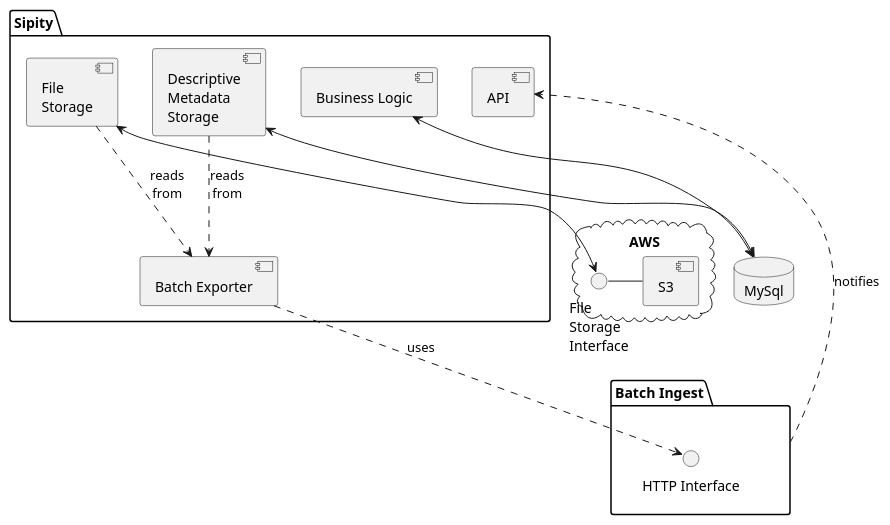
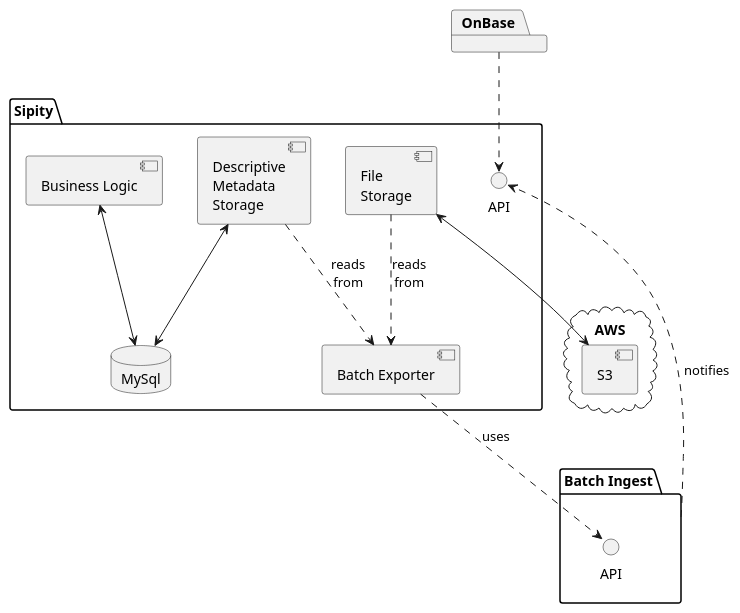
Before and after one commit to ndlib/dam-ecosystem-mapping: the diagram in plantuml/sipity.puml, drawn with PlantUML. The commit also changed 3 other files, not shown here.

Commit message:
Updating diagrams to include notes and clarification

```diff
--- a/plantuml/sipity.puml
+++ b/plantuml/sipity.puml
@@ -10,32 +10,32 @@
 @startuml
 
 package "Sipity" {
-  component "File\nStorage" as FS
-  component "Descriptive\nMetadata\nStorage" as DMS
-  component "Batch Exporter" as BE
-  component "Business Logic" as SBL
-  component "API" as SAPI
+  component "File\nStorage" as SipityFS
+  component "Descriptive\nMetadata\nStorage" as SipityDMS
+  component "Batch Exporter" as SipityBE
+  component "Business Logic" as SipityBL
+  interface "API" as SipityAPI
+  database "MySql"
 
 }
 
-package "Batch Ingest" as BI {
-  interface "HTTP Interface" as BIHI
+package "Batch Ingest" as Batch {
+  interface "API" as BatchAPI
 }
 
+package OnBase
+
 cloud "AWS" {
-  interface "File\nStorage\nInterface" as FSI
   component S3
 }
 
-database "MySql"
-
-FS <--> FSI
-FSI - S3
-DMS <--> MySql
-BE ..> BIHI : uses
-FS ..> BE : reads\nfrom
-DMS ..> BE : reads\nfrom
-BI ..> SAPI : notifies
-SBL <--> MySql
+SipityFS <--> S3
+SipityDMS <--> MySql
+SipityBE ..> BatchAPI : uses
+SipityFS ..> SipityBE : reads\nfrom
+SipityDMS ..> SipityBE : reads\nfrom
+Batch ..> SipityAPI : notifies
+SipityBL <--> MySql
+OnBase ..> SipityAPI
 
 @enduml
```
